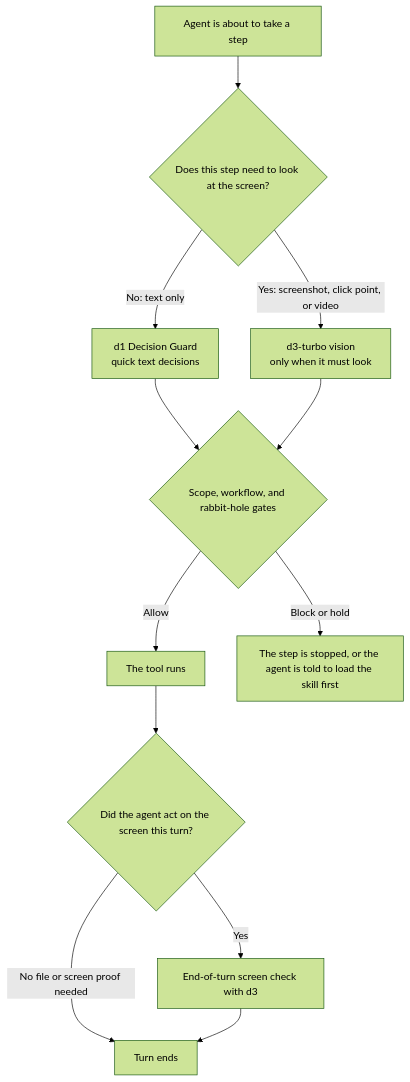
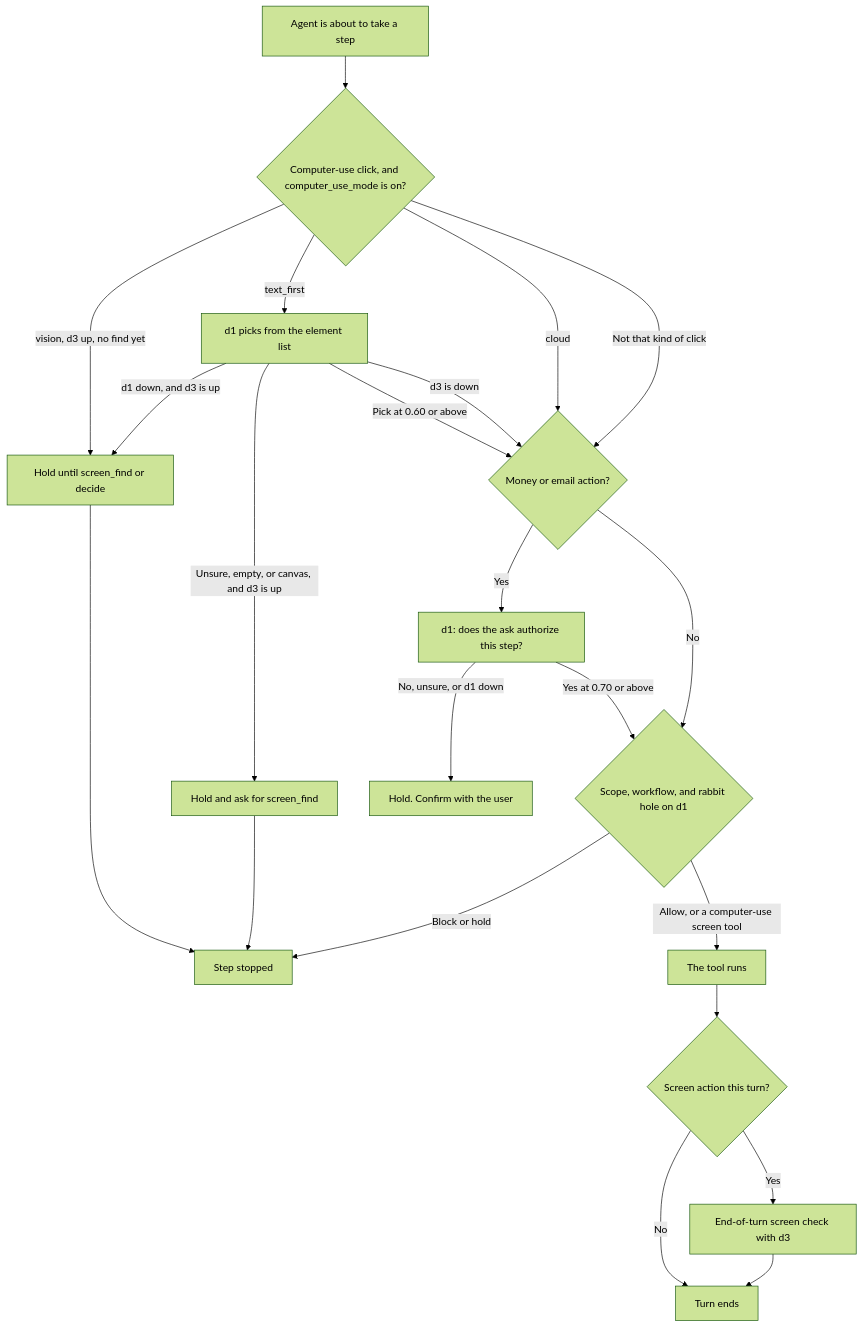
Before and after one commit to grimmjoww/hermes-rails: the diagram in README.md, drawn with Mermaid (forest theme). The commit also changed other lines of this file and 4 other files, not shown here.

First line of the commit message:
Rails 0.4.0: text-first computer use docs and version bump (AI-assisted) (#7)

````diff
--- a/README.md
+++ b/README.md
@@ -18,14 +20,24 @@
 ```mermaid
 flowchart TD
-  A[Agent is about to take a step] --> B{Does this step need to look at the screen?}
-  B -->|No: text only| C[d1 Decision Guard<br/>quick text decisions]
-  B -->|Yes: screenshot, click point, or video| D[d3-turbo vision<br/>only when it must look]
-  C --> E{Scope, workflow, and rabbit-hole gates}
-  D --> E
-  E -->|Allow| F[The tool runs]
-  E -->|Block or hold| G[The step is stopped, or the agent is told to load the skill first]
-  F --> H{Did the agent act on the screen this turn?}
-  H -->|Yes| I[End-of-turn screen check with d3]
-  H -->|No file or screen proof needed| J[Turn ends]
-  I --> J
+  A[Agent is about to take a step] --> B{Computer-use click, and computer_use_mode is on?}
+  B -->|vision, d3 up, no find yet| Hold[Hold until screen_find or decide]
+  B -->|text_first| Pick[d1 picks from the element list]
+  Pick -->|Pick at 0.60 or above| Money{Money or email action?}
+  Pick -->|Unsure, empty, or canvas, and d3 is up| Aim[Hold and ask for screen_find]
+  Pick -->|d1 down, and d3 is up| Hold
+  Pick -->|d3 is down| Money
+  B -->|cloud| Money
+  B -->|Not that kind of click| Money
+  Hold --> Stop[Step stopped]
+  Aim --> Stop
+  Money -->|Yes| Auth[d1: does the ask authorize this step?]
+  Auth -->|Yes at 0.70 or above| Gates
+  Auth -->|No, unsure, or d1 down| Confirm[Hold. Confirm with the user]
+  Money -->|No| Gates{Scope, workflow, and rabbit hole on d1}
+  Gates -->|Allow, or a computer-use screen tool| Run[The tool runs]
+  Gates -->|Block or hold| Stop
+  Run --> EndQ{Screen action this turn?}
+  EndQ -->|Yes| Check[End-of-turn screen check with d3]
+  EndQ -->|No| Done[Turn ends]
+  Check --> Done
 ```
````
